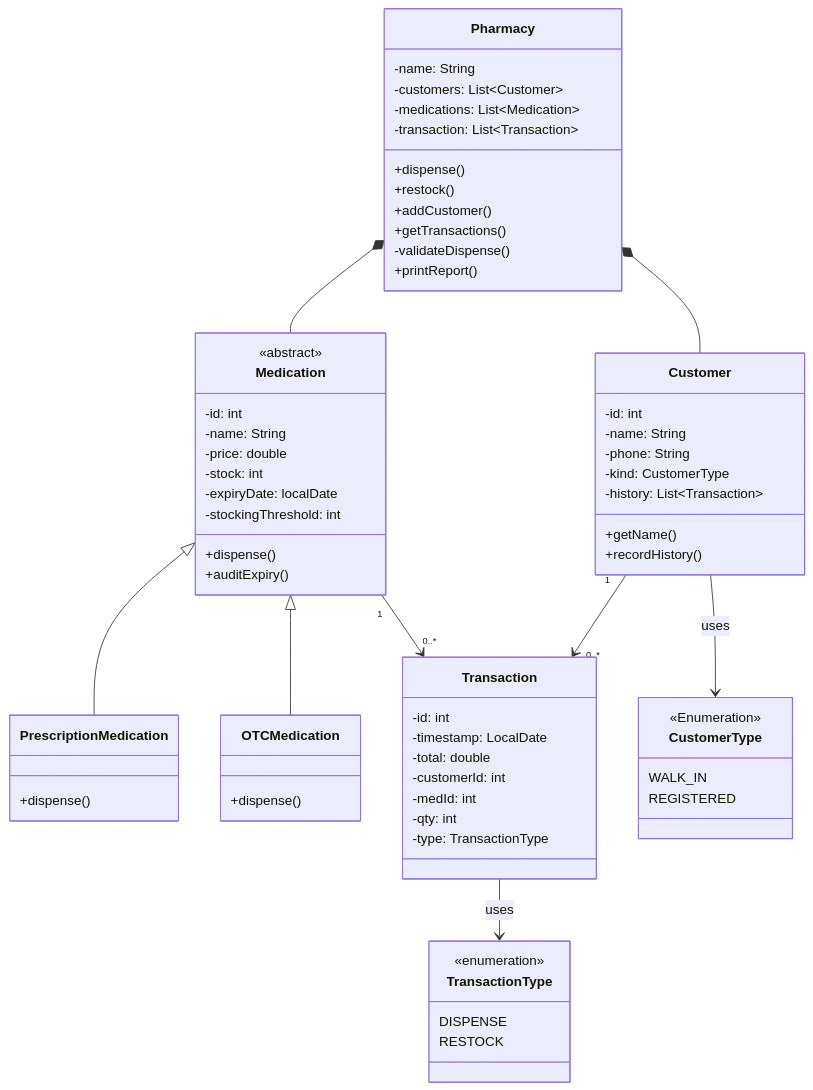
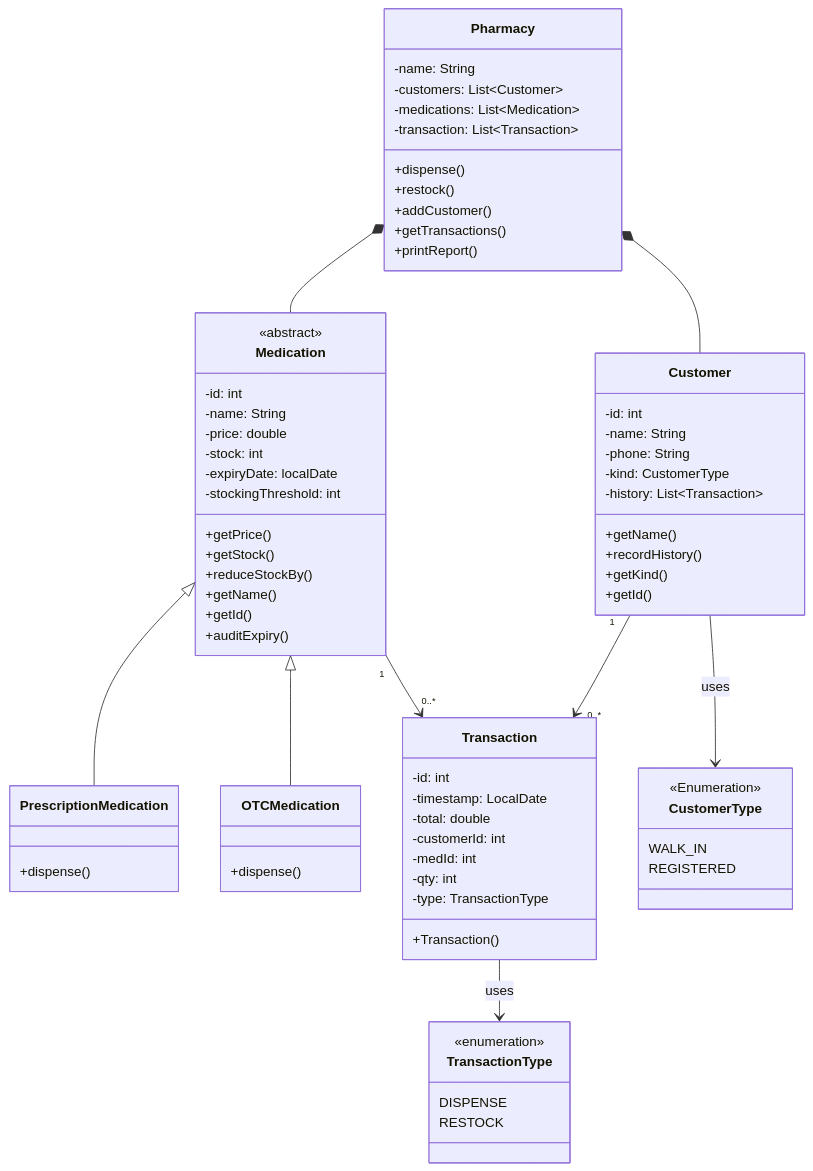
One commit to prince-kofi-asiedu/akosua-s-pharmacy changed the diagram in README.md. Above: the diagram before and after it, drawn with Mermaid. The commit also changed 4 other files, not shown here.

```diff
--- a/README.md
+++ b/README.md
@@ -44,7 +44,6 @@
   +restock()
   +addCustomer()
   +getTransactions()
-  -validateDispense()
   +printReport()
 }
 
@@ -57,7 +56,11 @@
   -stock: int
   -expiryDate: localDate
   -stockingThreshold: int
-  +dispense()
+  +getPrice()
+  +getStock()
+  +reduceStockBy()
+  +getName()
+  +getId()
   +auditExpiry()
 }
 
@@ -77,6 +80,8 @@
   -history: List~Transaction~ 
   +getName()
   +recordHistory()
+  +getKind()
+  +getId()
 }
 
 
@@ -87,7 +92,8 @@
   -customerId: int
   -medId: int
   -qty: int
-  -type: TransactionType  
+  -type: TransactionType
+  +Transaction()
 }
 
 class CustomerType {
```
